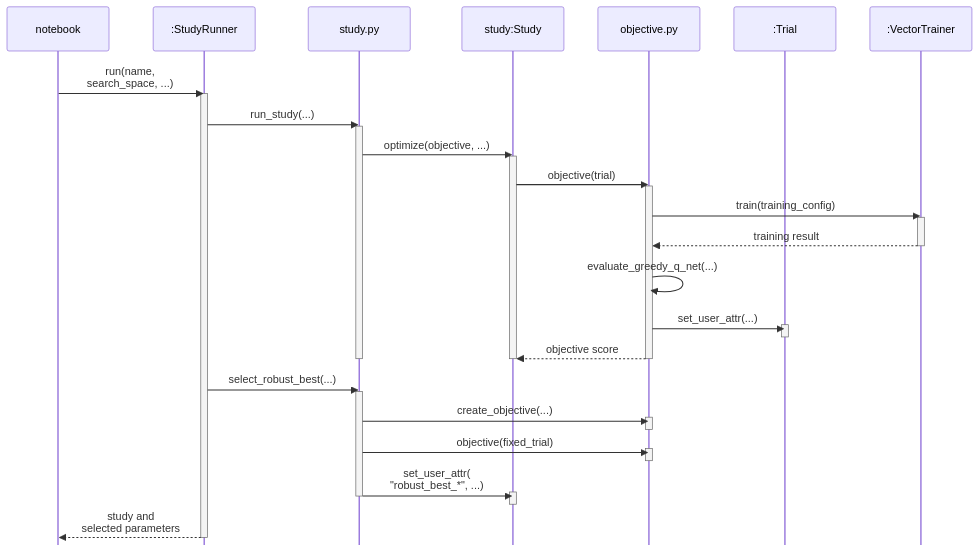
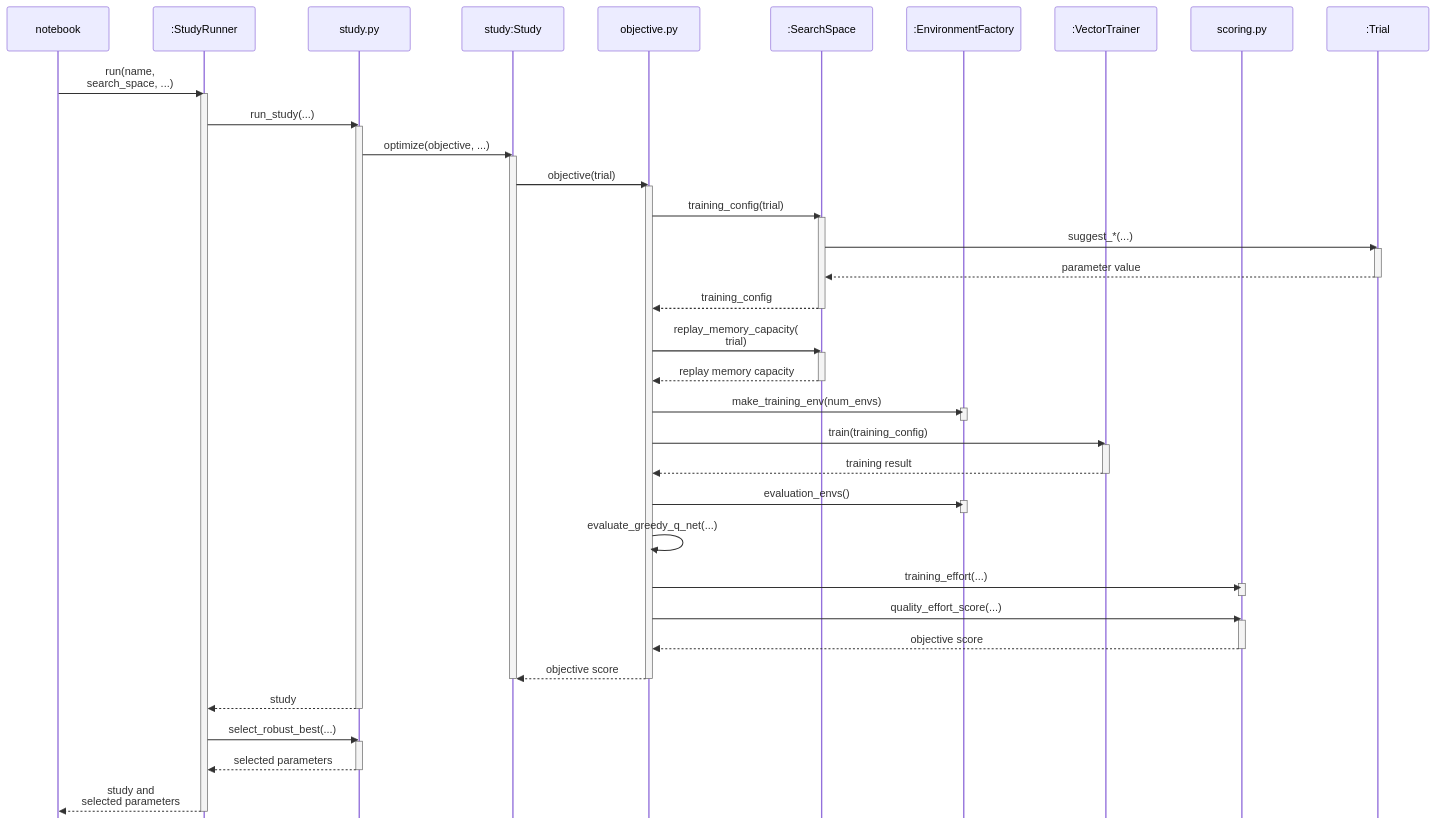
The diagram in hpo/sequence_diagram.md (miwehle/rl_lab), drawn with Mermaid before and after one commit.

````diff
--- a/hpo/sequence_diagram.md
+++ b/hpo/sequence_diagram.md
@@ -1,50 +1,69 @@
 ```mermaid
 %%{init: {"sequence": {"mirrorActors": false}}}%%
 sequenceDiagram
     participant notebook as notebook
     participant runner as :StudyRunner
     participant study_module as study.py
     participant study as study:Study
     participant objective as objective.py
+    participant search_space as :SearchSpace
+    participant environment_factory as :EnvironmentFactory
+    participant trainer as :VectorTrainer
+    participant scoring as scoring.py
     participant trial as :Trial
-    participant trainer as :VectorTrainer
+
 
     notebook->>runner: run(name, <br/>search_space, ...)
     activate runner
     runner->>study_module: run_study(...)
     activate study_module
 
     study_module->>study: optimize(objective, ...)
     activate study
     study->>objective: objective(trial)
     activate objective
+    objective->>search_space: training_config(trial)
+    activate search_space
+    search_space->>trial: suggest_*(...)
+    activate trial
+    trial-->>search_space: parameter value
+    deactivate trial
+    search_space-->>objective: training_config
+    deactivate search_space
+    objective->>search_space: replay_memory_capacity(<br/>trial)
+    activate search_space
+    search_space-->>objective: replay memory capacity
+    deactivate search_space
+    objective->>environment_factory: make_training_env(num_envs)
+    activate environment_factory
+    deactivate environment_factory
     objective->>trainer: train(training_config)
     activate trainer
     trainer-->>objective: training result
     deactivate trainer
+    objective->>environment_factory: evaluation_envs()
+    activate environment_factory
+    deactivate environment_factory
     objective->>objective: evaluate_greedy_q_net(...)
-    objective->>trial: set_user_attr(...)
-    activate trial
-    deactivate trial
+    objective->>scoring: training_effort(...)
+    activate scoring
+    deactivate scoring
+    objective->>scoring: quality_effort_score(...)
+    activate scoring
+    scoring-->>objective: objective score
+    deactivate scoring
     objective-->>study: objective score
     deactivate objective
     deactivate study
+    study_module-->>runner: study
     deactivate study_module
 
     runner->>study_module: select_robust_best(...)
     activate study_module
-    study_module->>objective: create_objective(...)
-    activate objective
-    deactivate objective
-    study_module->>objective: objective(fixed_trial)
-    activate objective
-    deactivate objective
-    study_module->>study: set_user_attr(<br/>"robust_best_*", ...)
-    activate study
-    deactivate study
+    study_module-->>runner: selected parameters
     deactivate study_module
 
     runner-->>notebook: study and <br/>selected parameters
     deactivate runner
 
 ```
````
